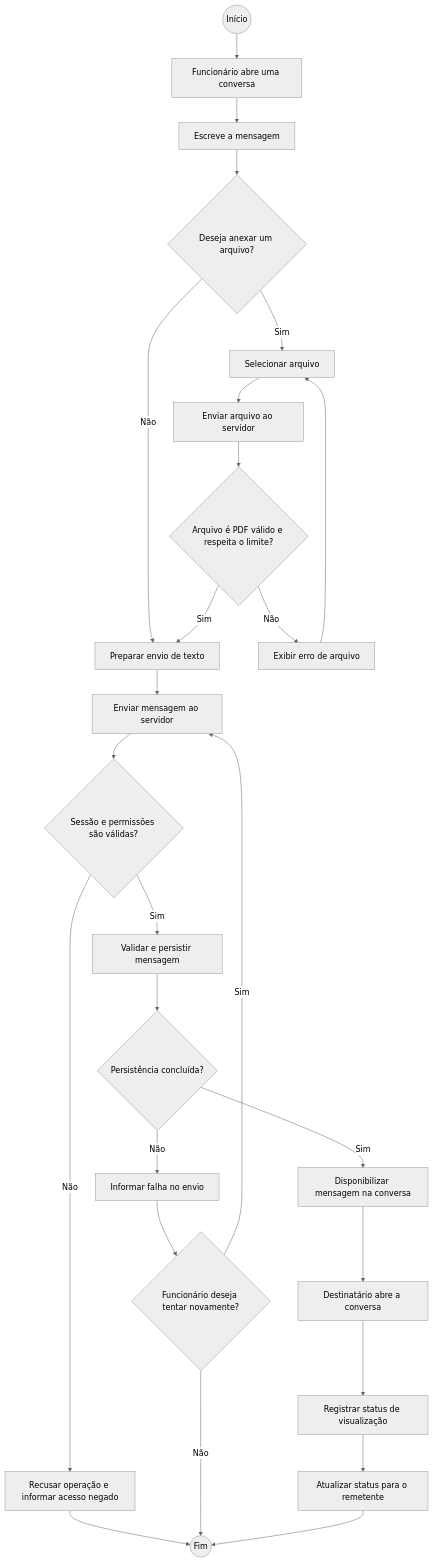
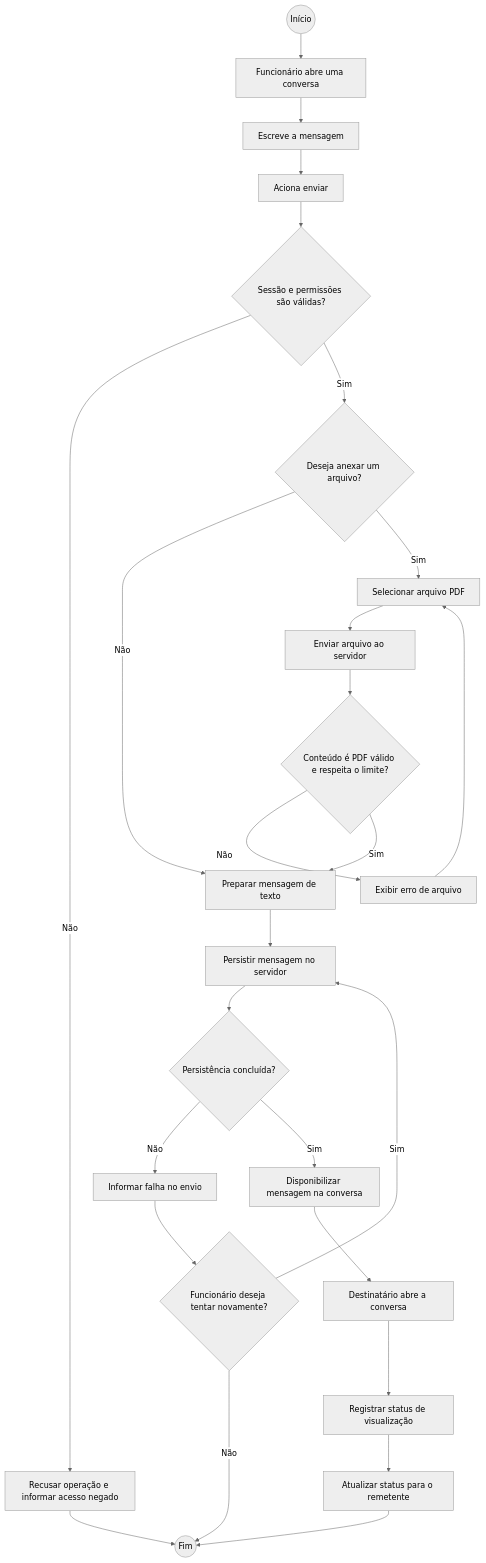
Before and after one commit to Acebmoon/project-teamtalk: the diagram in docs/diagramas/04-atividades.md, drawn with Mermaid (neutral theme). The commit also changed other lines of this file, not shown here.

Commit message:
docs: ajustar fluxo de atividade para validar acesso antes do envio

````diff
--- a/docs/diagramas/04-atividades.md
+++ b/docs/diagramas/04-atividades.md
@@ -9,35 +9,34 @@
 ```mermaid
 flowchart TD
     A((Início)) --> B["Funcionário abre uma conversa"]
     B --> C["Escreve a mensagem"]
-    C --> D{"Deseja anexar um arquivo?"}
+    C --> D["Aciona enviar"]
+    D --> E{"Sessão e permissões são válidas?"}
 
-    D -->|Não| H["Preparar envio de texto"]
-    D -->|Sim| E["Selecionar arquivo"]
-    E --> F["Enviar arquivo ao servidor"]
-    F --> G{"Arquivo é PDF válido e respeita o limite?"}
+    E -->|Não| F["Recusar operação e informar acesso negado"]
+    F --> Z((Fim))
 
-    G -->|Não| X["Exibir erro de arquivo"]
-    X --> E
-    G -->|Sim| H
+    E -->|Sim| G{"Deseja anexar um arquivo?"}
+    G -->|Não| L["Preparar mensagem de texto"]
+    G -->|Sim| H["Selecionar arquivo PDF"]
+    H --> I["Enviar arquivo ao servidor"]
+    I --> J{"Conteúdo é PDF válido e respeita o limite?"}
 
-    H --> I["Enviar mensagem ao servidor"]
-    I --> J{"Sessão e permissões são válidas?"}
+    J -->|Não| K["Exibir erro de arquivo"]
+    K --> H
+    J -->|Sim| L
 
-    J -->|Não| K["Recusar operação e informar acesso negado"]
-    K --> Z((Fim))
+    L --> M["Persistir mensagem no servidor"]
+    M --> N{"Persistência concluída?"}
 
-    J -->|Sim| L["Validar e persistir mensagem"]
-    L --> M{"Persistência concluída?"}
+    N -->|Não| O["Informar falha no envio"]
+    O --> P{"Funcionário deseja tentar novamente?"}
+    P -->|Sim| M
+    P -->|Não| Z
 
-    M -->|Não| N["Informar falha no envio"]
-    N --> O{"Funcionário deseja tentar novamente?"}
-    O -->|Sim| I
-    O -->|Não| Z
-
-    M -->|Sim| P["Disponibilizar mensagem na conversa"]
-    P --> Q["Destinatário abre a conversa"]
-    Q --> R["Registrar status de visualização"]
-    R --> S["Atualizar status para o remetente"]
-    S --> Z
+    N -->|Sim| Q["Disponibilizar mensagem na conversa"]
+    Q --> R["Destinatário abre a conversa"]
+    R --> S["Registrar status de visualização"]
+    S --> T["Atualizar status para o remetente"]
+    T --> Z
 ```
````
